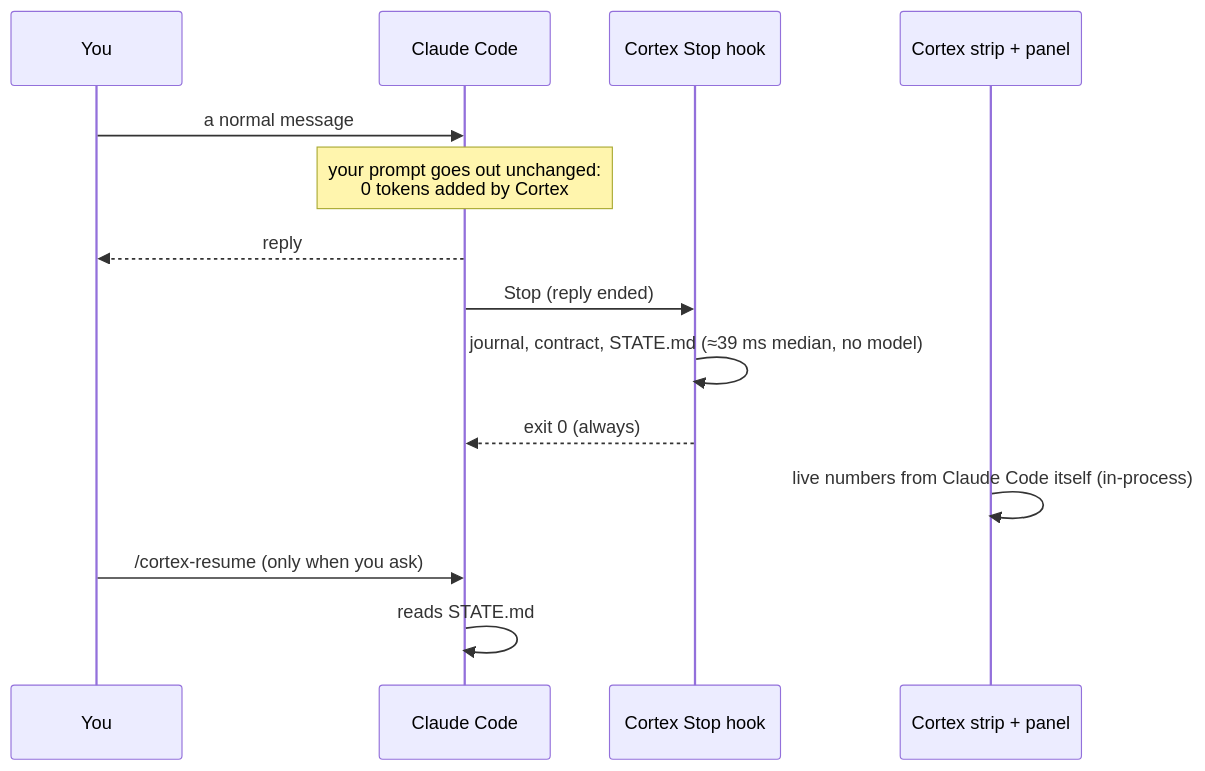
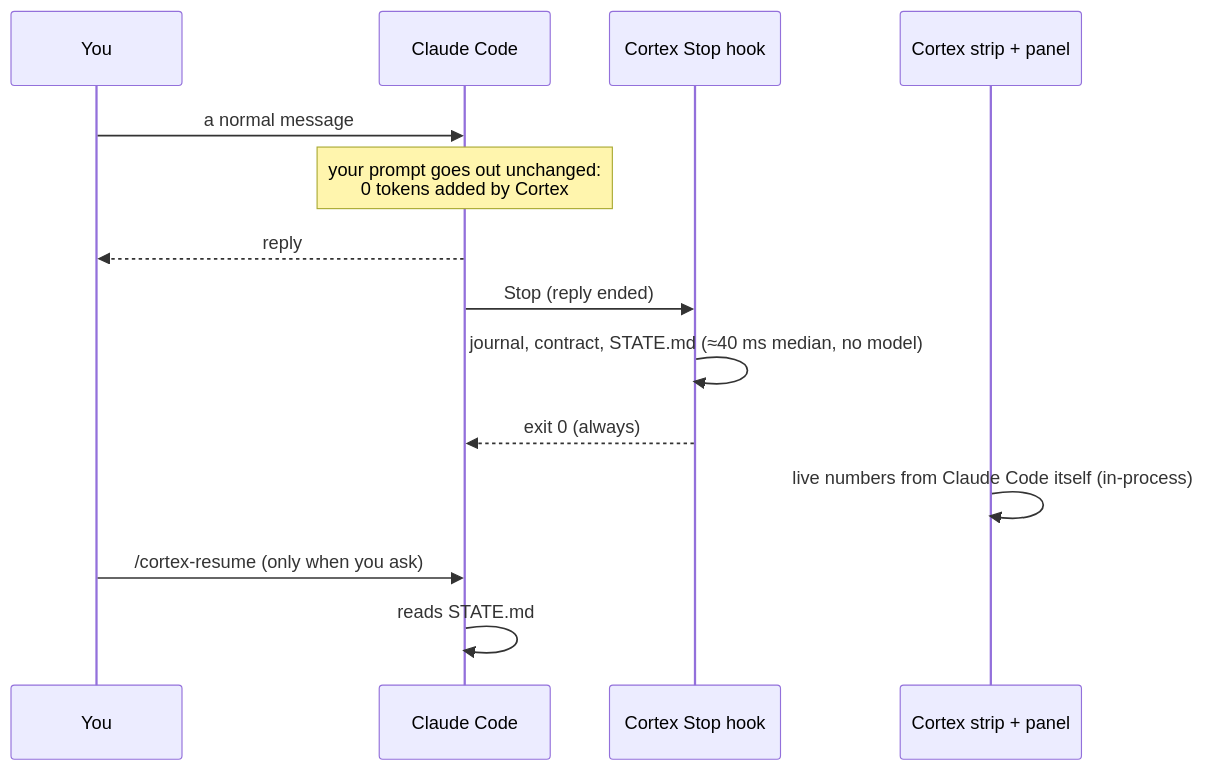
The fourth of 4 diagrams in docs/ARCHITECTURE.md (kafilcodes/kapex-cortex), drawn with Mermaid before and after one commit. The commit also changed other lines of this file and 24 other files, not shown here.

````diff
--- a/docs/ARCHITECTURE.md
+++ b/docs/ARCHITECTURE.md
@@ -79,16 +79,16 @@
 ```mermaid
 sequenceDiagram
     participant You
     participant Claude as Claude Code
     participant Hook as Cortex Stop hook
     participant Panel as Cortex strip + panel
     You->>Claude: a normal message
     Note over Claude: your prompt goes out unchanged:<br/>0 tokens added by Cortex
     Claude-->>You: reply
     Claude->>Hook: Stop (reply ended)
-    Hook->>Hook: journal, contract, STATE.md (≈39 ms median, no model)
+    Hook->>Hook: journal, contract, STATE.md (≈40 ms median, no model)
     Hook-->>Claude: exit 0 (always)
     Panel->>Panel: live numbers from Claude Code itself (in-process)
     You->>Claude: /cortex-resume (only when you ask)
     Claude->>Claude: reads STATE.md
 ```
````
